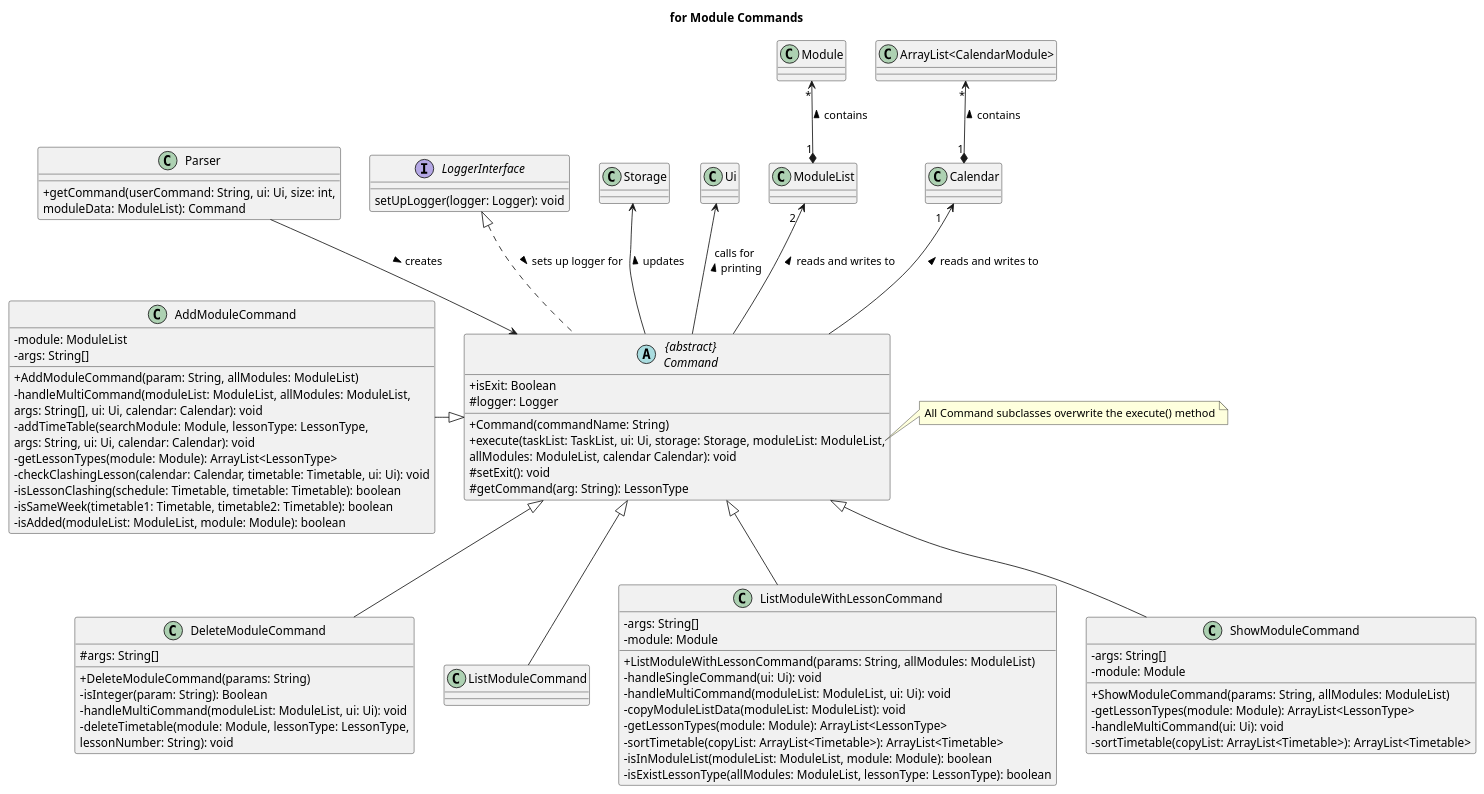
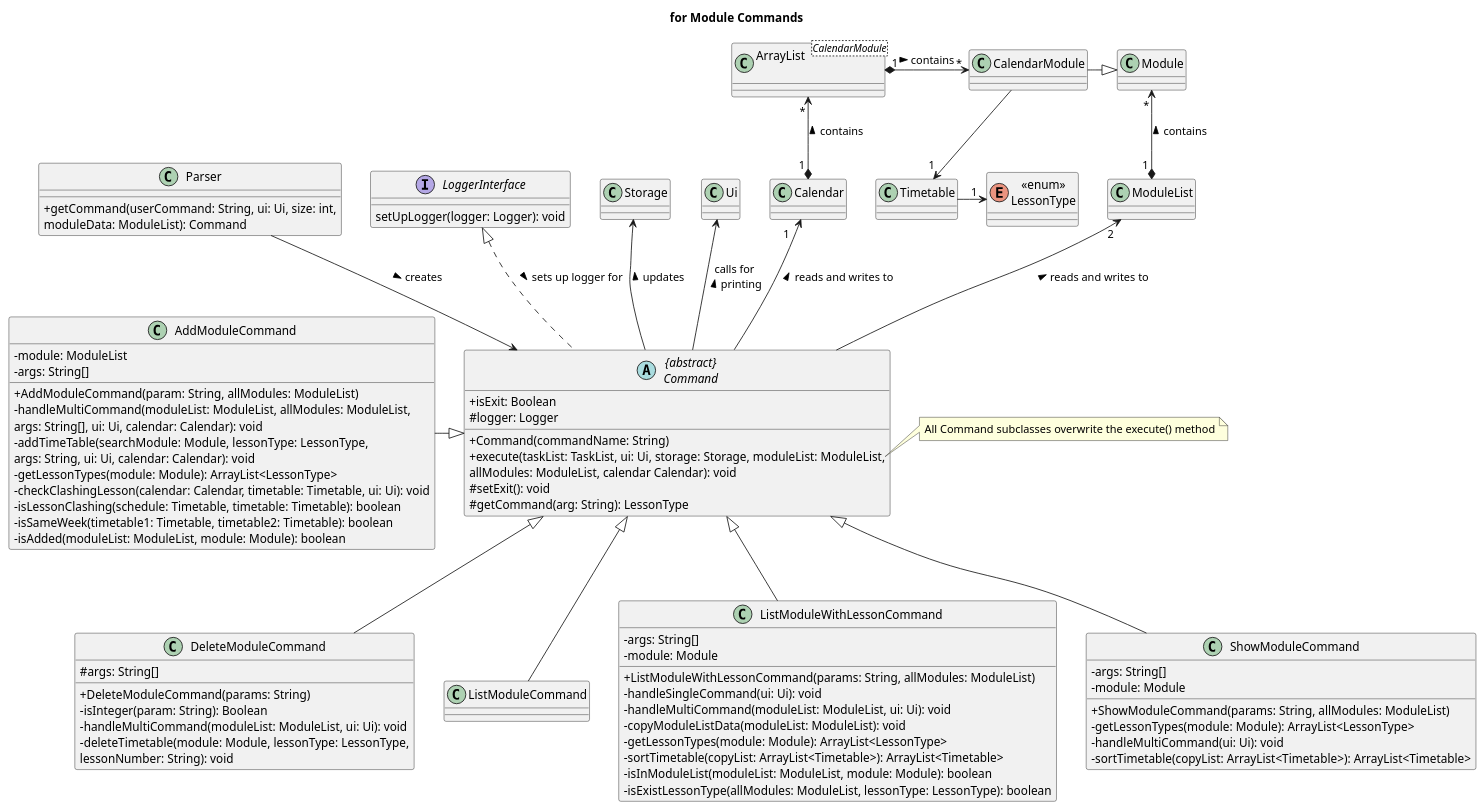
Before and after one commit to nus-cs2113-AY2223S2/tp: the diagram in docs/uml-source/class/Command2.puml, drawn with PlantUML. The commit also changed 1 other file, not shown here.

Commit message:
Include CalendarModule, Timetable, LessonType

```diff
--- a/docs/uml-source/class/Command2.puml
+++ b/docs/uml-source/class/Command2.puml
@@ -1,91 +1,100 @@
 @startuml
 'https://plantuml.com/class-diagram
 skinparam classAttributeIconSize 0
 
 title for Module Commands
 
 class Parser {
 + getCommand(userCommand: String, ui: Ui, size: int,
 moduleData: ModuleList): Command
 }
 Parser --> Command : creates >
 
 abstract class "{abstract}\nCommand" as Command {
 + isExit: Boolean
 # logger: Logger
 + Command(commandName: String)
 + execute(taskList: TaskList, ui: Ui, storage: Storage, moduleList: ModuleList,
 allModules: ModuleList, calendar Calendar): void
 # setExit(): void
 # getCommand(arg: String): LessonType
 }
 
 interface LoggerInterface {
 setUpLogger(logger: Logger): void
 }
 
 note right of Command::execute
     All Command subclasses overwrite the execute() method
 end note
 LoggerInterface <|.. Command : sets up logger for >
 
 class AddModuleCommand {
 - module: ModuleList
 - args: String[]
 + AddModuleCommand(param: String, allModules: ModuleList)
 - handleMultiCommand(moduleList: ModuleList, allModules: ModuleList,
 args: String[], ui: Ui, calendar: Calendar): void
 - addTimeTable(searchModule: Module, lessonType: LessonType,
 args: String, ui: Ui, calendar: Calendar): void
 - getLessonTypes(module: Module): ArrayList<LessonType>
 - checkClashingLesson(calendar: Calendar, timetable: Timetable, ui: Ui): void
 - isLessonClashing(schedule: Timetable, timetable: Timetable): boolean
 - isSameWeek(timetable1: Timetable, timetable2: Timetable): boolean
 - isAdded(moduleList: ModuleList, module: Module): boolean
 }
 AddModuleCommand -|> Command
 
 class DeleteModuleCommand{
 # args: String[]
 + DeleteModuleCommand(params: String)
 - isInteger(param: String): Boolean
 - handleMultiCommand(moduleList: ModuleList, ui: Ui): void
 - deleteTimetable(module: Module, lessonType: LessonType,
 lessonNumber: String): void
 }
 Command <|-- DeleteModuleCommand
 
 class ListModuleCommand
 Command <|-- ListModuleCommand
 
 class ListModuleWithLessonCommand {
 - args: String[]
 - module: Module
 + ListModuleWithLessonCommand(params: String, allModules: ModuleList)
 - handleSingleCommand(ui: Ui): void
 - handleMultiCommand(moduleList: ModuleList, ui: Ui): void
 - copyModuleListData(moduleList: ModuleList): void
 - getLessonTypes(module: Module): ArrayList<LessonType>
 - sortTimetable(copyList: ArrayList<Timetable>): ArrayList<Timetable>
 - isInModuleList(moduleList: ModuleList, module: Module): boolean
 - isExistLessonType(allModules: ModuleList, lessonType: LessonType): boolean
 }
 Command <|-- ListModuleWithLessonCommand
 
 class ShowModuleCommand {
 - args: String[]
 - module: Module
 + ShowModuleCommand(params: String, allModules: ModuleList)
 - getLessonTypes(module: Module): ArrayList<LessonType>
 - handleMultiCommand(ui: Ui): void
 - sortTimetable(copyList: ArrayList<Timetable>): ArrayList<Timetable>
 }
 Command <|-- ShowModuleCommand
 Storage <-- Command : updates <
 Ui <-- Command : calls for \nprinting <
-ModuleList "2  " <-- Command : reads and writes to <
-Module "*" <--* "1" ModuleList : contains <
+
 Calendar "1   " <-- Command : reads and writes to <
-"ArrayList<CalendarModule>" "*" <--* "1" Calendar : contains <
+class "ArrayList\n<CalendarModule>" as ALModules
+ALModules "         *" <--* "1 " Calendar : contains <
+ALModules "1" *-> "*" CalendarModule : contains >
+
+ModuleList "2" <-- Command : reads and writes to <
+Module "     *" <--* "1 " ModuleList : contains <
+
+enum "<<enum>>\nLessonType" as LessonType
+CalendarModule -|> Module
+CalendarModule --> "1 " Timetable
+Timetable -> "1 " LessonType
 
 @enduml
```
